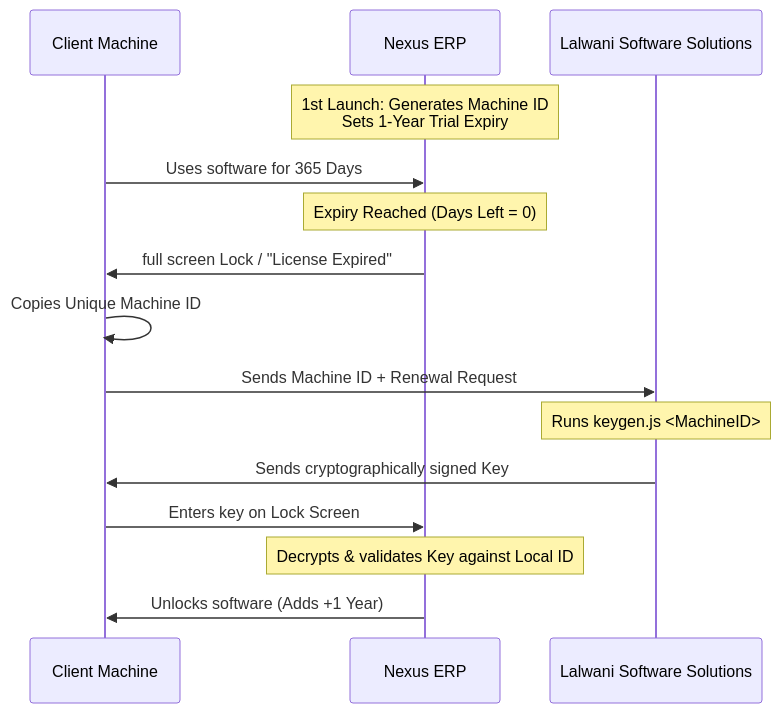
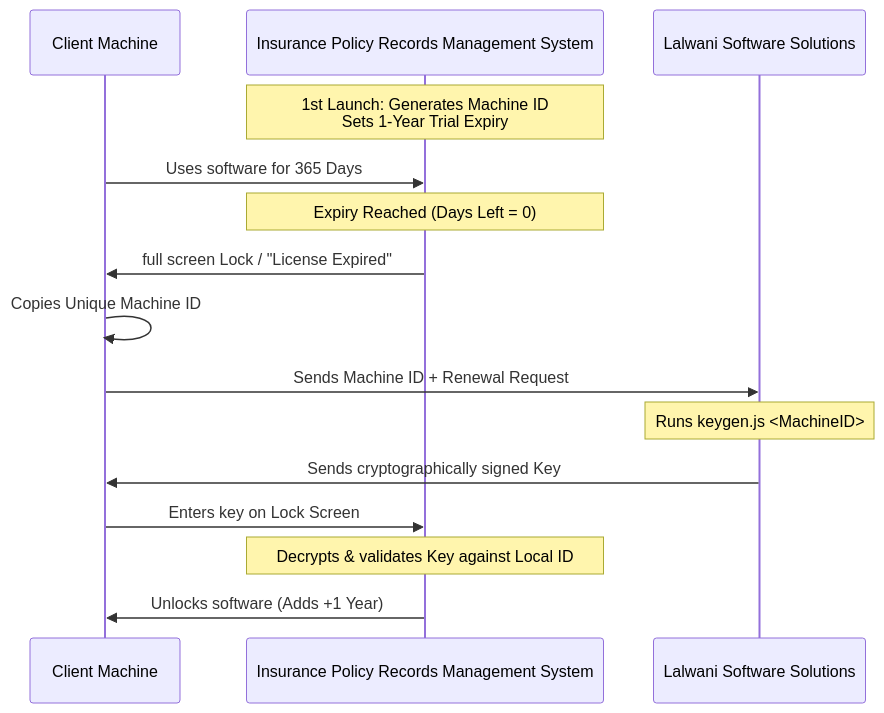
The diagram in Software_Features_and_License_Guide.md (subhashprem/Insurance_Management_System), drawn with Mermaid before and after one commit. The commit also changed other lines of this file and 7 other files, not shown here.

````diff
--- a/Software_Features_and_License_Guide.md
+++ b/Software_Features_and_License_Guide.md
@@ -77,18 +77,18 @@
 ```mermaid
 sequenceDiagram
     participant User as Client Machine
-    participant App as Nexus ERP
+    participant App as Insurance Policy Records Management System
     participant Dev as Lalwani Software Solutions
     
     Note over App: 1st Launch: Generates Machine ID<br/>Sets 1-Year Trial Expiry
     User->>App: Uses software for 365 Days
     Note over App: Expiry Reached (Days Left = 0)
     App->>User: full screen Lock / "License Expired"
     User->>User: Copies Unique Machine ID
     User->>Dev: Sends Machine ID + Renewal Request
     Note over Dev: Runs keygen.js <MachineID>
     Dev->>User: Sends cryptographically signed Key
     User->>App: Enters key on Lock Screen
     Note over App: Decrypts & validates Key against Local ID
     App->>User: Unlocks software (Adds +1 Year)
 ```
````
